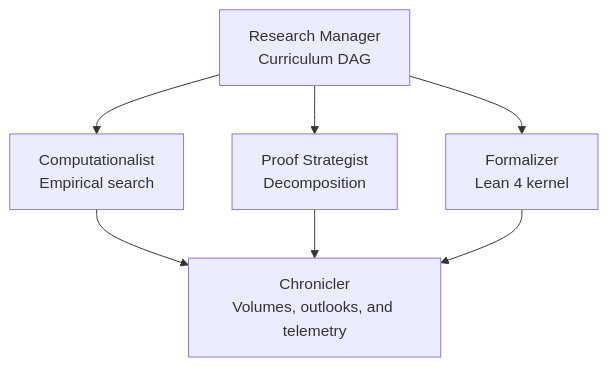
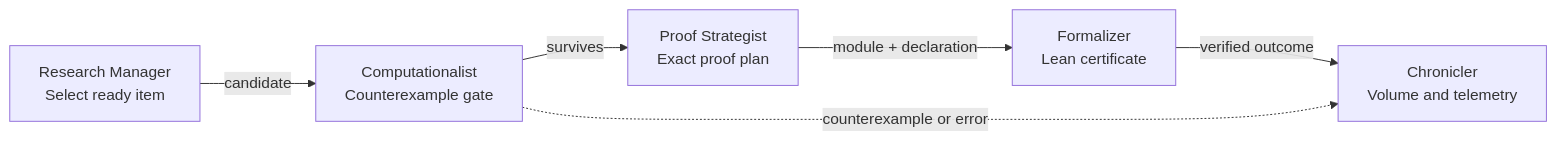
Before and after one commit to itsalissonsilva/daily-palindrome: the first of 3 diagrams in README.md, drawn with Mermaid. The commit also changed other lines of this file and 1 other file, not shown here.

Commit message:
Correct architecture and proof DAG diagrams

````diff
--- a/README.md
+++ b/README.md
@@ -13,15 +13,14 @@
 ```mermaid
-flowchart TB
-    PM["Research Manager<br/>Curriculum DAG"]
-    EXP["Computationalist<br/>Empirical search"]
-    STRAT["Proof Strategist<br/>Decomposition"]
-    FORM["Formalizer<br/>Lean 4 kernel"]
-    CHRON["Chronicler<br/>Volumes, outlooks, and telemetry"]
+flowchart LR
+    PM["Research Manager<br/>Select ready item"]
+    EXP["Computationalist<br/>Counterexample gate"]
+    STRAT["Proof Strategist<br/>Exact proof plan"]
+    FORM["Formalizer<br/>Lean certificate"]
+    CHRON["Chronicler<br/>Volume and telemetry"]
 
-    PM --> EXP
-    PM --> STRAT
-    PM --> FORM
-    EXP --> CHRON
-    STRAT --> CHRON
-    FORM --> CHRON
+    PM -->|candidate| EXP
+    EXP -->|survives| STRAT
+    STRAT -->|module + declaration| FORM
+    FORM -->|verified outcome| CHRON
+    EXP -.->|counterexample or error| CHRON
 ```
````
